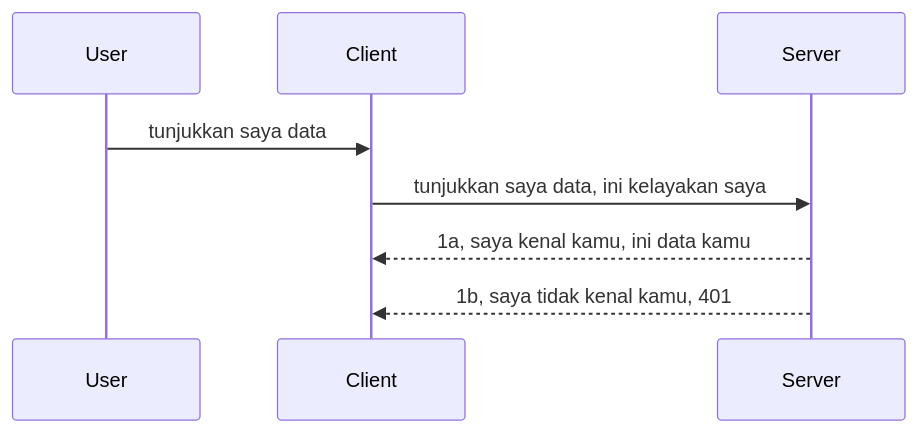
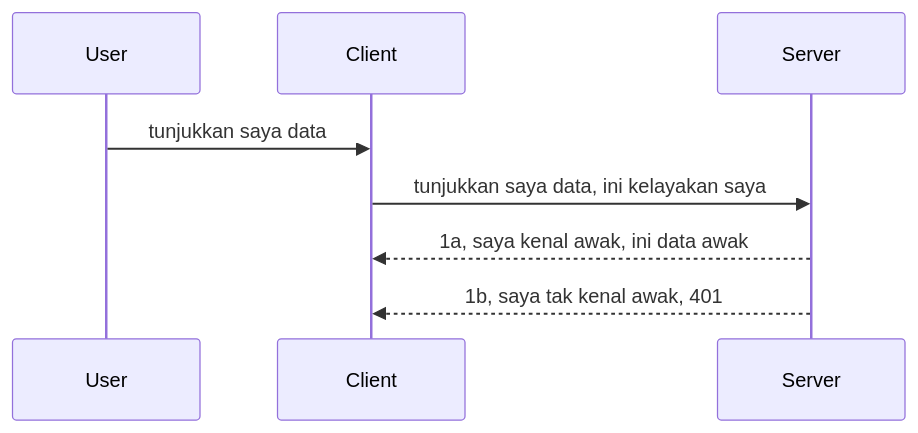
Before and after one commit to HIDORAKAI002/ai-workspace-archive: the diagram in mcp_ecosystem__model_context_protocol/mcp_learning_resources/mcp-for-beginners/translations/ms/03-GettingStarted/11-simple-auth/README.md, drawn with Mermaid. The commit also changed other lines of this file and 1160 other files, not shown here.

````diff
--- a/mcp_ecosystem__model_context_protocol/mcp_learning_resources/mcp-for-beginners/translations/ms/03-GettingStarted/11-simple-auth/README.md
+++ b/mcp_ecosystem__model_context_protocol/mcp_learning_resources/mcp-for-beginners/translations/ms/03-GettingStarted/11-simple-auth/README.md
@@ -24,11 +24,11 @@
 ```mermaid
 sequenceDiagram
    participant User
    participant Client
    participant Server
 
    User->>Client: tunjukkan saya data
    Client->>Server: tunjukkan saya data, ini kelayakan saya
-   Server-->>Client: 1a, saya kenal kamu, ini data kamu
-   Server-->>Client: 1b, saya tidak kenal kamu, 401 
+   Server-->>Client: 1a, saya kenal awak, ini data awak
+   Server-->>Client: 1b, saya tak kenal awak, 401 
 ```
````
